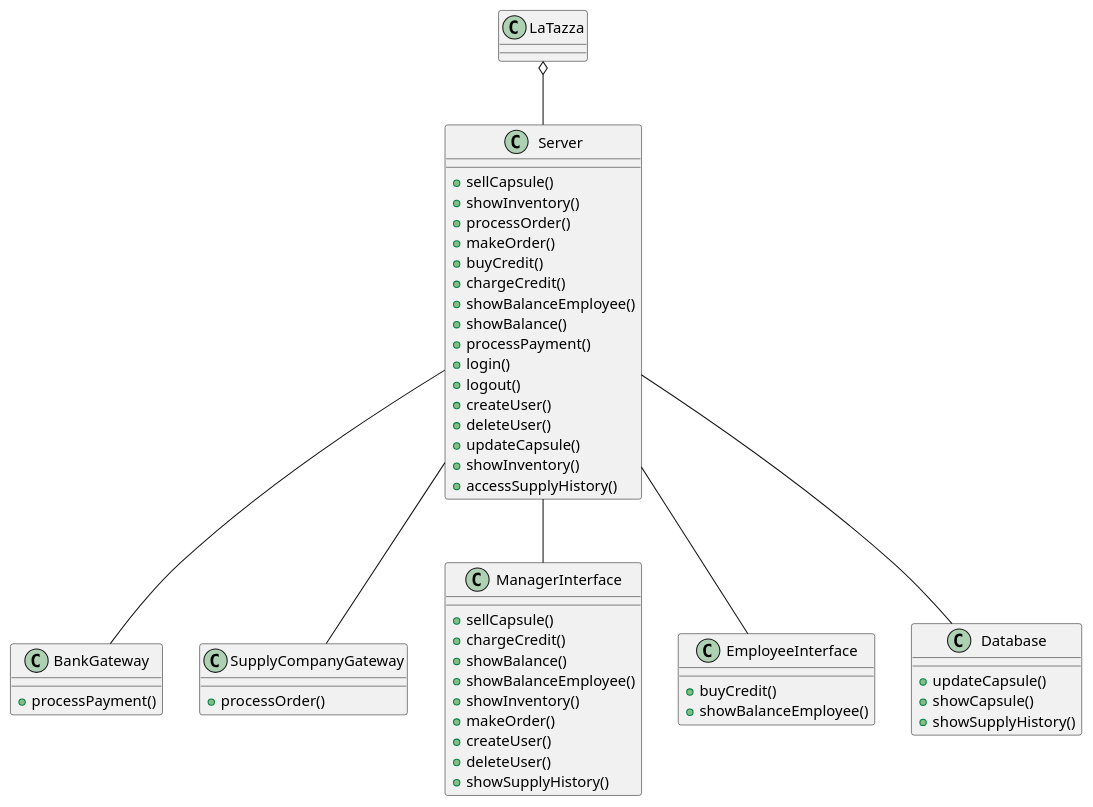
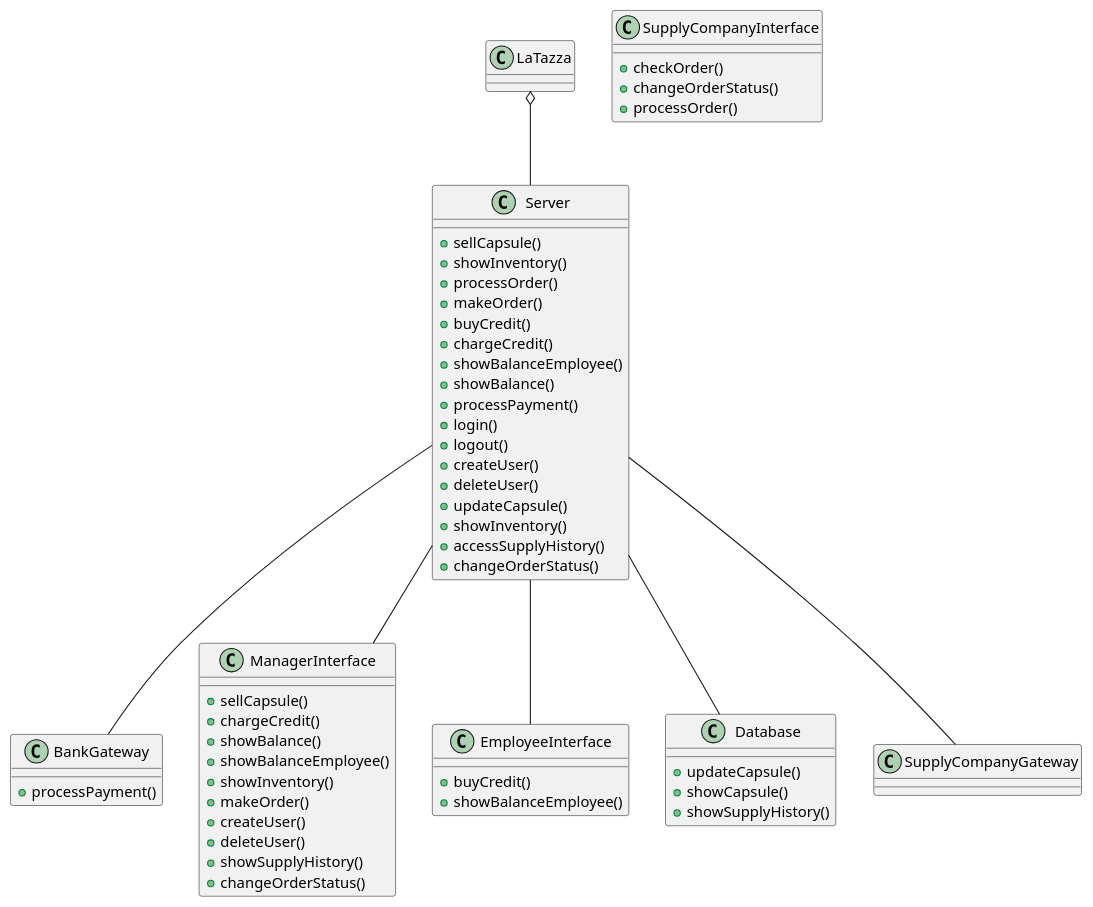
The fourth of 4 diagrams in Project/Requirements/RequirementDocument.md (roypaulin/laTazza), drawn with PlantUML before and after one commit.

Commit message:
update System Design

````diff
--- a/Project/Requirements/RequirementDocument.md
+++ b/Project/Requirements/RequirementDocument.md
@@ -402,68 +402,72 @@
 ```plantuml
 class LaTazza{
 
 }
 
 class Server{
   /' management Capsule '/
   +sellCapsule()
   +showInventory()
   /' SupplyCompany related functions '/
   +processOrder()
   +makeOrder()
   /' management Credit '/
   +buyCredit()
   +chargeCredit()
   +showBalanceEmployee()
   /' LaTazza balance'/
   +showBalance()
   /' BankingSystem related functions '/
   +processPayment()
   +login()
   +logout()
   +createUser()
   +deleteUser()
   +updateCapsule()
   +showInventory()
   +accessSupplyHistory()
+  +changeOrderStatus()
 }
 
 class BankGateway{
   +processPayment()
 }
 
-class SupplyCompanyGateway{
+class SupplyCompanyInterface{
+  +checkOrder()
+  +changeOrderStatus()
   +processOrder()
 }
 
 class ManagerInterface{
   +sellCapsule()
   +chargeCredit()
   +showBalance()
   +showBalanceEmployee()
   +showInventory()
   +makeOrder()
   +createUser()
   +deleteUser()
   +showSupplyHistory()
+  +changeOrderStatus()
 }
 
 class EmployeeInterface{
   +buyCredit()
   +showBalanceEmployee()
 }
 
 class Database{
   +updateCapsule()
   +showCapsule()
   +showSupplyHistory()
 }
 
 
 LaTazza o--  Server
 Server -- BankGateway
 Server -- ManagerInterface
 Server -- EmployeeInterface
 Server -- SupplyCompanyGateway
 Server -- Database
 ```
````
